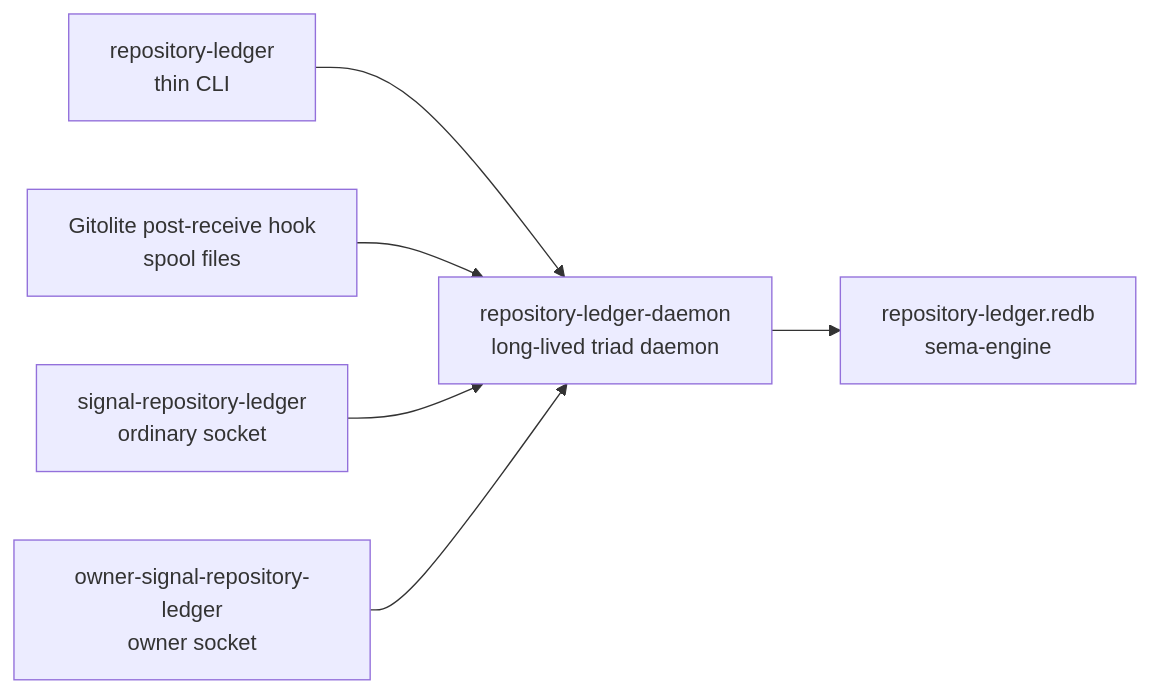
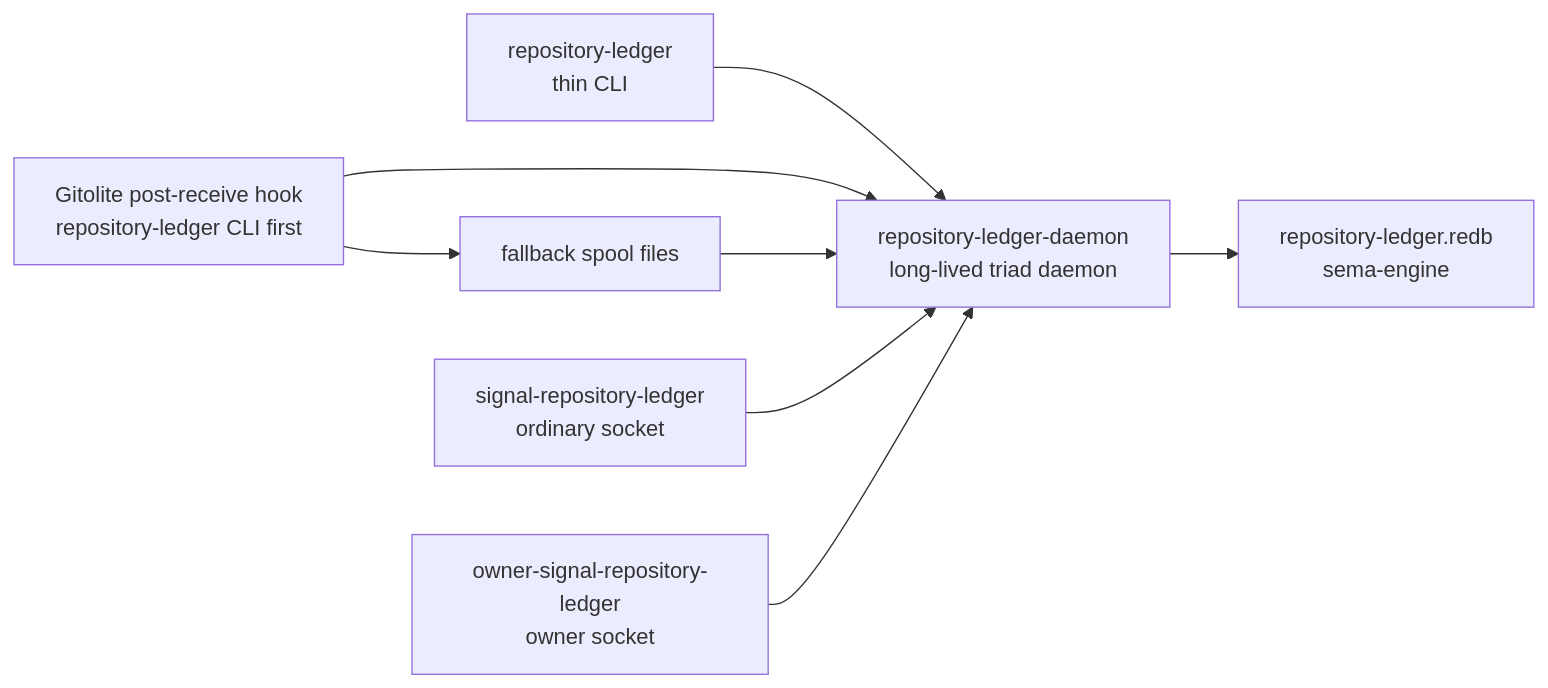
Before and after one commit to LiGoldragon/repository-ledger: the diagram in ARCHITECTURE.md, drawn with Mermaid. The commit also changed other lines of this file and 3 other files, not shown here.

Commit message:
repository-ledger: add repository activity discovery queries

````diff
--- a/ARCHITECTURE.md
+++ b/ARCHITECTURE.md
@@ -15,15 +15,18 @@
 ```mermaid
 flowchart LR
     cli["repository-ledger<br/>thin CLI"]
     daemon["repository-ledger-daemon<br/>long-lived triad daemon"]
     ordinary["signal-repository-ledger<br/>ordinary socket"]
     owner["owner-signal-repository-ledger<br/>owner socket"]
     store["repository-ledger.redb<br/>sema-engine"]
-    gitolite["Gitolite post-receive hook<br/>spool files"]
+    gitolite["Gitolite post-receive hook<br/>repository-ledger CLI first"]
+    spool["fallback spool files"]
 
     cli --> daemon
     gitolite --> daemon
+    gitolite --> spool
+    spool --> daemon
     ordinary --> daemon
     owner --> daemon
     daemon --> store
 ```
````
